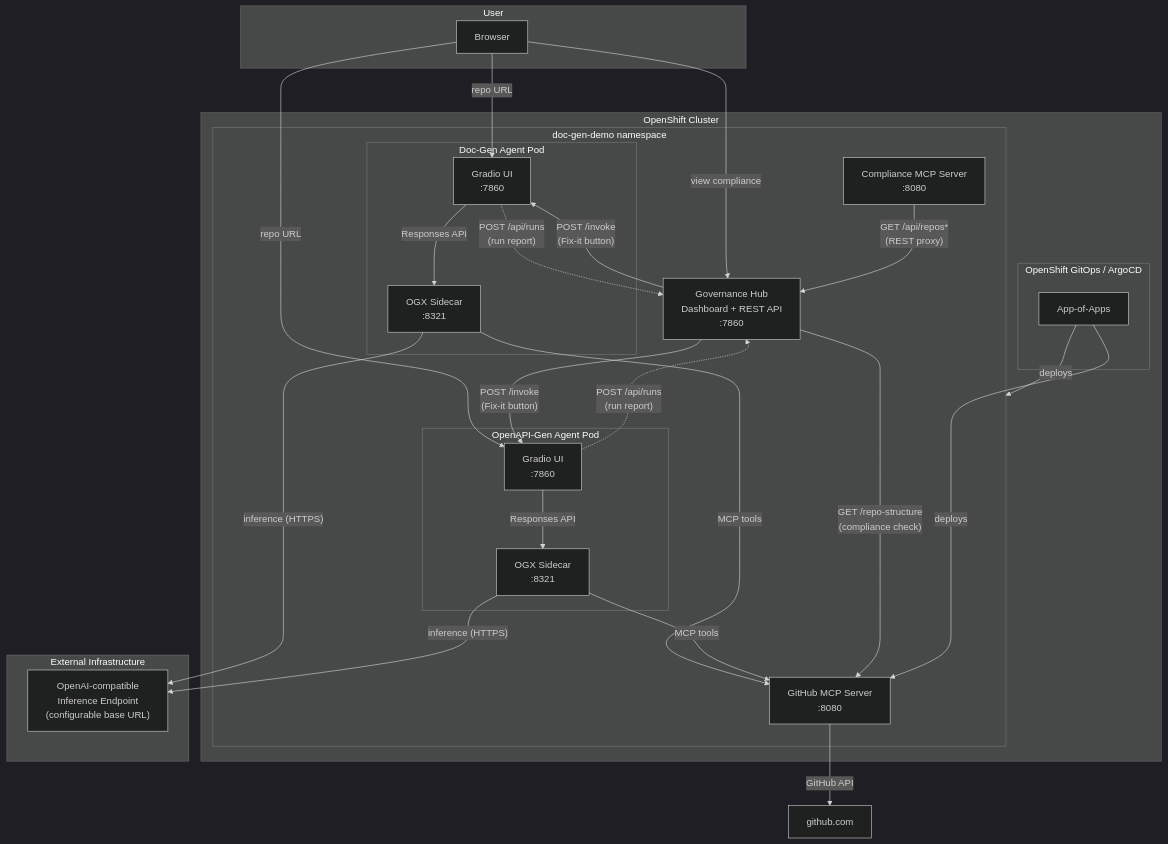
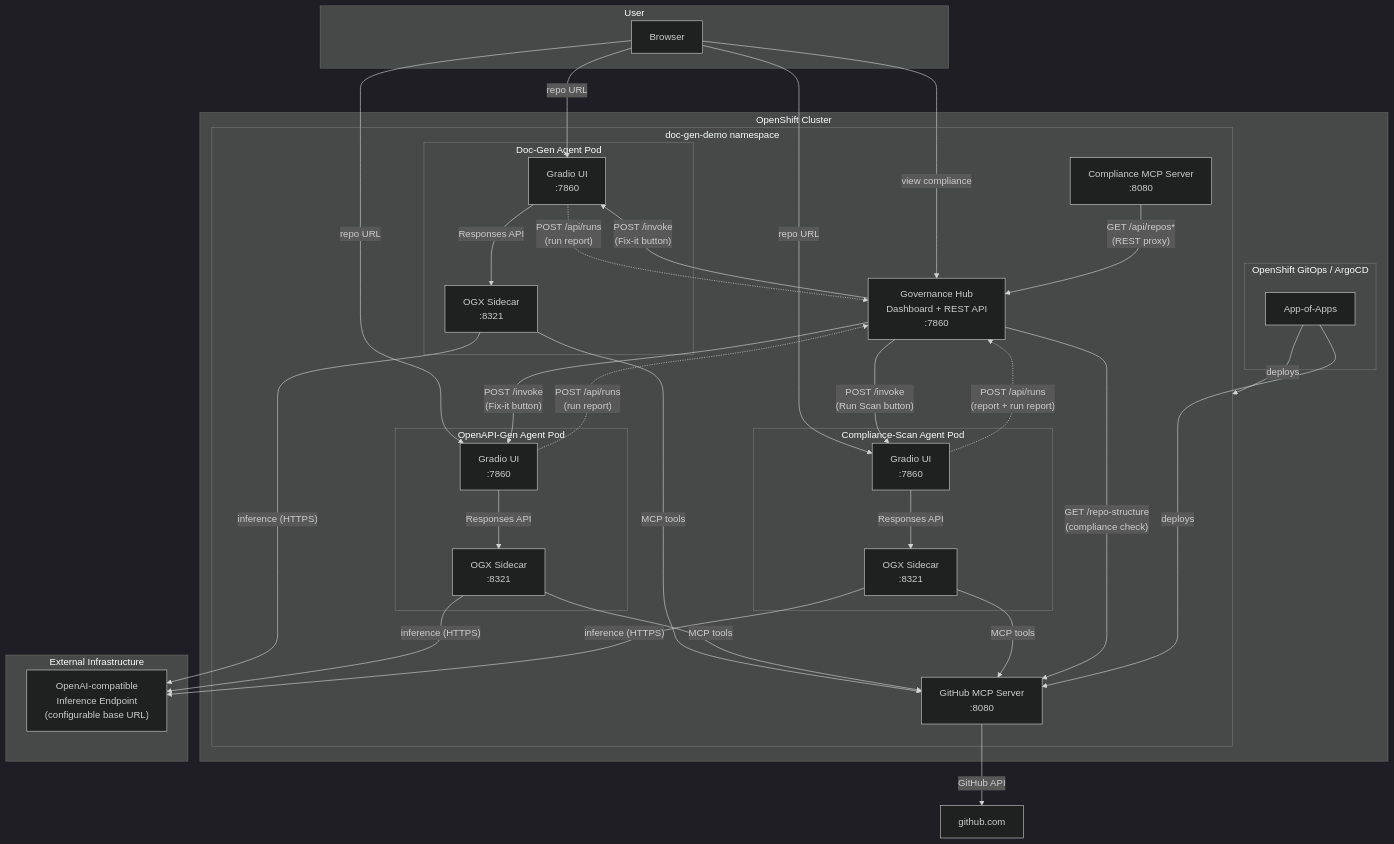
One commit to matteo-grimaldi/agentic-doc-generation changed the first of 2 diagrams in README.md. Above: the diagram before and after it, drawn with Mermaid (dark theme). The commit also changed other lines of this file and 22 other files, not shown here.

````diff
--- a/README.md
+++ b/README.md
@@ -40,49 +46,59 @@
 ```mermaid
 flowchart TB
     subgraph user [User]
         Browser
     end
 
     subgraph ocp [OpenShift Cluster]
         subgraph gitops [OpenShift GitOps / ArgoCD]
             AppOfApps["App-of-Apps"]
         end
 
         subgraph demo_ns [doc-gen-demo namespace]
             subgraph doc_pod [Doc-Gen Agent Pod]
                 DocGradio["Gradio UI\n:7860"]
                 DocOGX["OGX Sidecar\n:8321"]
             end
             subgraph api_pod [OpenAPI-Gen Agent Pod]
                 ApiGradio["Gradio UI\n:7860"]
                 ApiOGX["OGX Sidecar\n:8321"]
             end
+            subgraph scan_pod [Compliance-Scan Agent Pod]
+                ScanGradio["Gradio UI\n:7860"]
+                ScanOGX["OGX Sidecar\n:8321"]
+            end
             GitHubMCP["GitHub MCP Server\n:8080"]
             GovHub["Governance Hub\nDashboard + REST API\n:7860"]
             ComplianceMCP["Compliance MCP Server\n:8080"]
         end
     end
 
     subgraph external [External Infrastructure]
         InferenceEndpoint["OpenAI-compatible\nInference Endpoint\n(configurable base URL)"]
     end
 
     Browser -->|"repo URL"| DocGradio
     Browser -->|"repo URL"| ApiGradio
+    Browser -->|"repo URL"| ScanGradio
     DocGradio -->|"Responses API"| DocOGX
     ApiGradio -->|"Responses API"| ApiOGX
+    ScanGradio -->|"Responses API"| ScanOGX
     DocOGX -->|"MCP tools"| GitHubMCP
     ApiOGX -->|"MCP tools"| GitHubMCP
+    ScanOGX -->|"MCP tools"| GitHubMCP
     DocOGX -->|"inference (HTTPS)"| InferenceEndpoint
     ApiOGX -->|"inference (HTTPS)"| InferenceEndpoint
+    ScanOGX -->|"inference (HTTPS)"| InferenceEndpoint
     GitHubMCP -->|"GitHub API"| GitHub["github.com"]
     Browser -->|"view compliance"| GovHub
     DocGradio -.->|"POST /api/runs\n(run report)"| GovHub
     ApiGradio -.->|"POST /api/runs\n(run report)"| GovHub
+    ScanGradio -.->|"POST /api/runs\n(report + run report)"| GovHub
     GovHub -->|"POST /invoke\n(Fix-it button)"| DocGradio
     GovHub -->|"POST /invoke\n(Fix-it button)"| ApiGradio
+    GovHub -->|"POST /invoke\n(Run Scan button)"| ScanGradio
     GovHub -->|"GET /repo-structure\n(compliance check)"| GitHubMCP
     ComplianceMCP -->|"GET /api/repos*\n(REST proxy)"| GovHub
     AppOfApps -->|deploys| GitHubMCP
     AppOfApps -->|deploys| demo_ns
 ```
````
